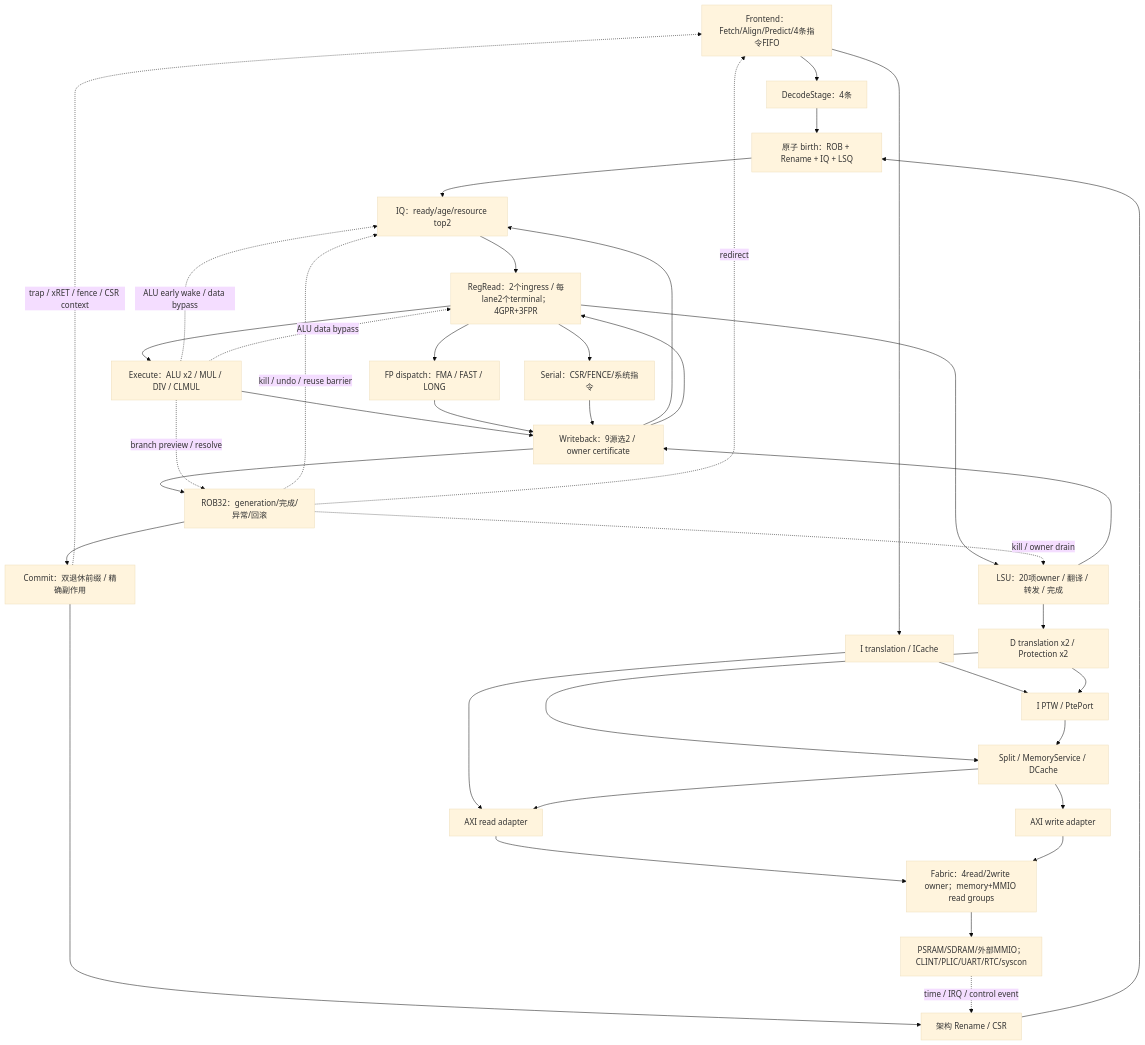
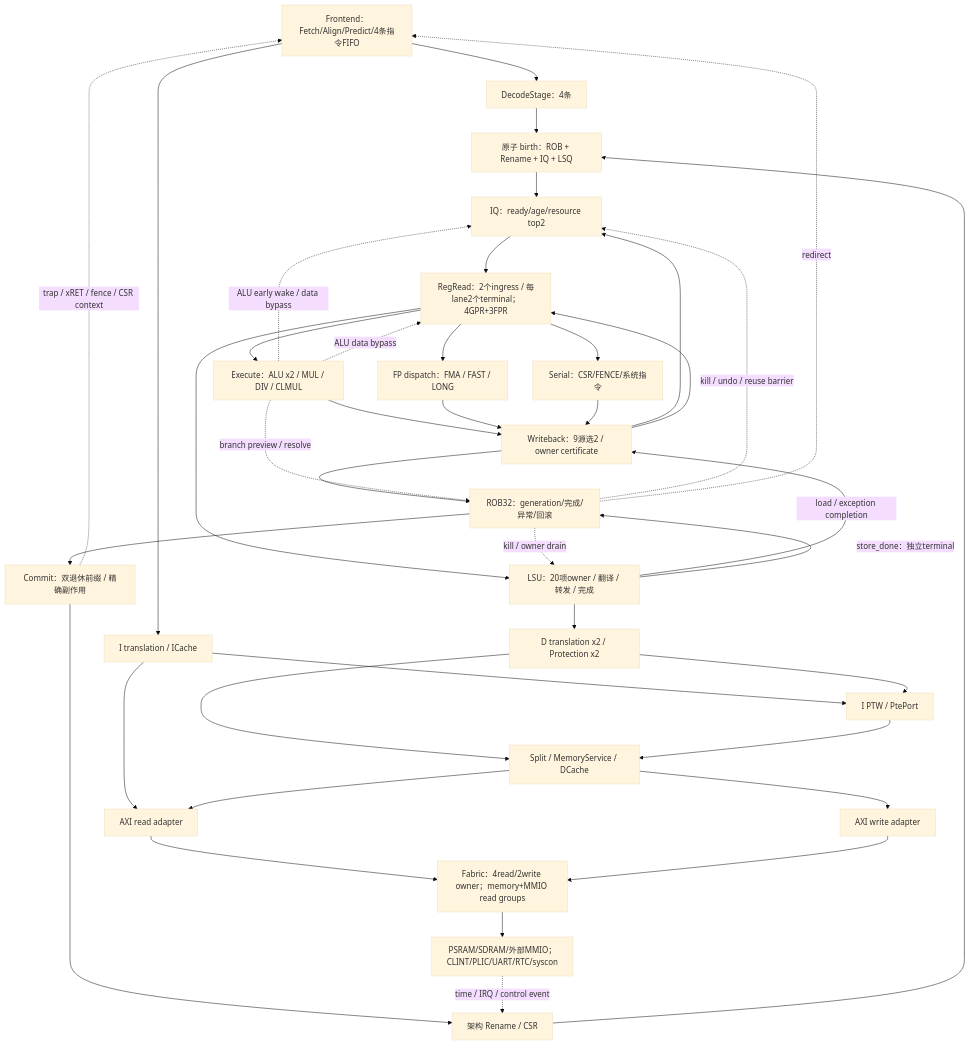
Before and after one commit to mcsaver/oscpu: the first of 4 diagrams in npc/rv64/vsrc/TOPOLOGY.md, drawn with Mermaid (base theme). The commit also changed other lines of this file and 150 other files, not shown here.

````diff
--- a/npc/rv64/vsrc/TOPOLOGY.md
+++ b/npc/rv64/vsrc/TOPOLOGY.md
@@ -5,41 +41,42 @@
 ```mermaid
 flowchart TB
   F["Frontend：Fetch/Align/Predict/4条指令FIFO"] --> DE["DecodeStage：4条"]
   DE --> B["原子 birth：ROB + Rename + IQ + LSQ"]
   B --> IQ["IQ：ready/age/resource top2"]
   IQ --> RR["RegRead：2个ingress / 每lane2个terminal；4GPR+3FPR"]
   RR --> EX["Execute：ALU x2 / MUL / DIV / CLMUL"]
   RR --> FP["FP dispatch：FMA / FAST / LONG"]
   RR --> LS["LSU：20项owner / 翻译 / 转发 / 完成"]
   RR --> SE["Serial：CSR/FENCE/系统指令"]
   EX --> WB["Writeback：9源选2 / owner certificate"]
   FP --> WB
-  LS --> WB
+  LS -->|"load / exception completion"| WB
+  LS -->|"store_done：独立terminal"| ROB
   SE --> WB
   WB --> ROB["ROB32：generation/完成/异常/回滚"]
   ROB --> CM["Commit：双退休前缀 / 精确副作用"]
   CM --> AR["架构 Rename / CSR"]
   AR --> B
   WB --> IQ
   WB --> RR
   EX -. "ALU early wake / data bypass" .-> IQ
   EX -. "ALU data bypass" .-> RR
   EX -. "branch preview / resolve" .-> ROB
   ROB -. "kill / undo / reuse barrier" .-> IQ
   ROB -. "kill / owner drain" .-> LS
   ROB -. "redirect" .-> F
   CM -. "trap / xRET / fence / CSR context" .-> F
   F --> IT["I translation / ICache"]
   LS --> DT["D translation x2 / Protection x2"]
   DT --> MS["Split / MemoryService / DCache"]
   IT --> PP["I PTW / PtePort"]
   DT --> PP
   PP --> MS
   IT --> AX["AXI read adapter"]
   MS --> AX
   MS --> AW["AXI write adapter"]
   AX --> FA["Fabric：4read/2write owner；memory+MMIO read groups"]
   AW --> FA
   FA --> DEV["PSRAM/SDRAM/外部MMIO；CLINT/PLIC/UART/RTC/syscon"]
   DEV -. "time / IRQ / control event" .-> AR
 ```
````
